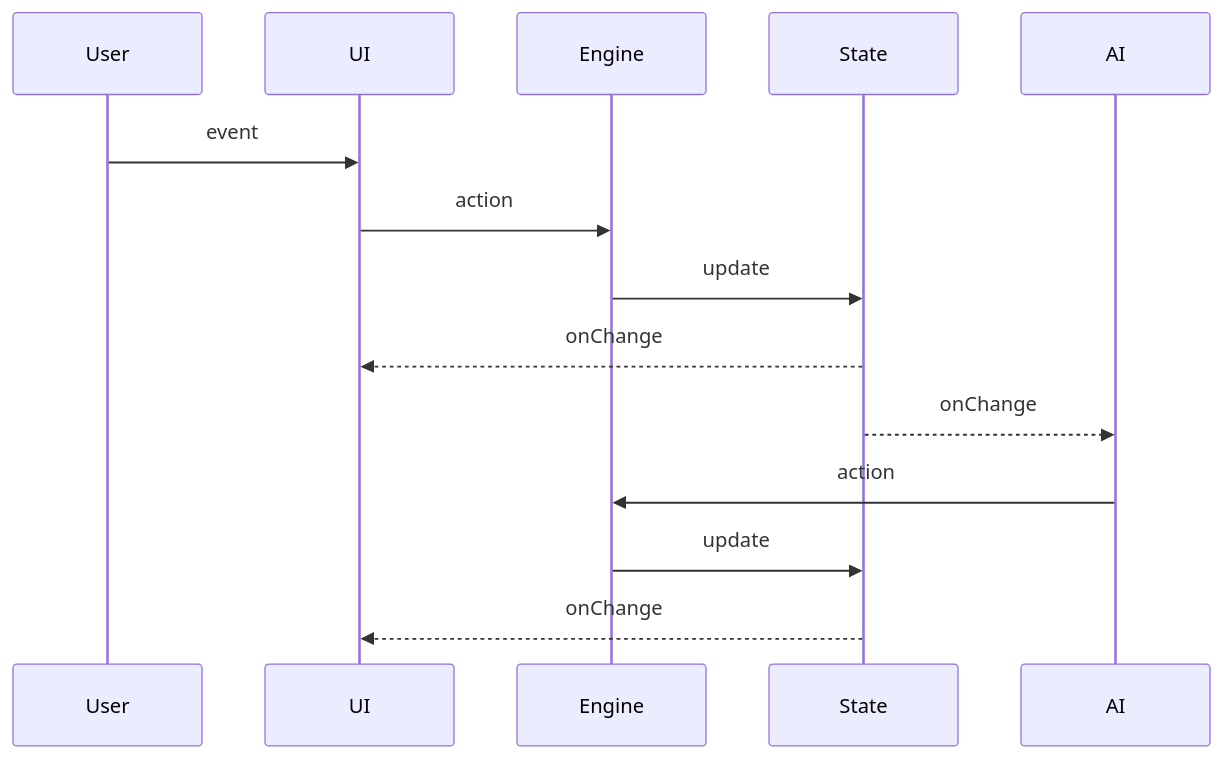
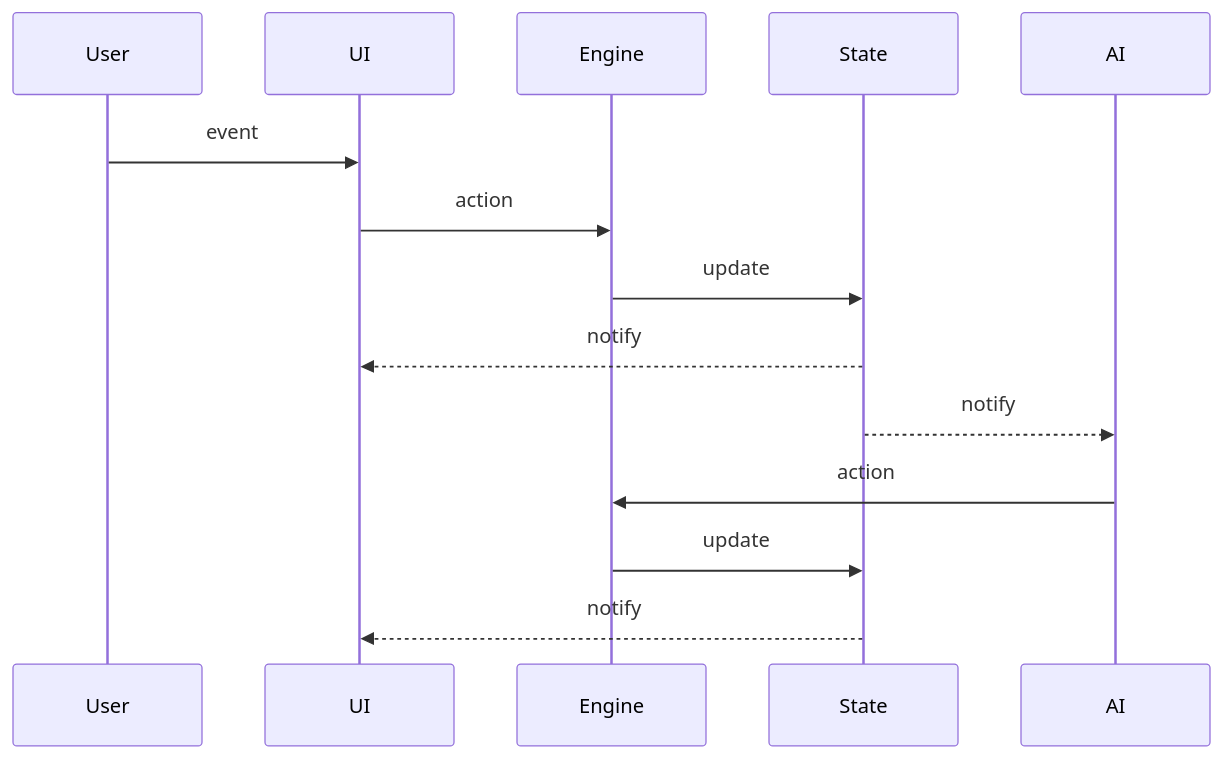
Before and after one commit to stephtelolahy/WildWestOnline: the sixth of 6 diagrams in README.md, drawn with Mermaid. The commit also changed other lines of this file and 76 other files, not shown here.

````diff
--- a/README.md
+++ b/README.md
@@ -120,11 +117,11 @@
 ```mermaid
 sequenceDiagram
     User->>UI: event
     UI->>Engine: action
     Engine->>State: update
-    State-->>UI: onChange
-    State-->>AI: onChange
+    State-->>UI: notify
+    State-->>AI: notify
     AI->>Engine: action
     Engine->>State: update
-    State-->>UI: onChange
+    State-->>UI: notify
 ```
````
